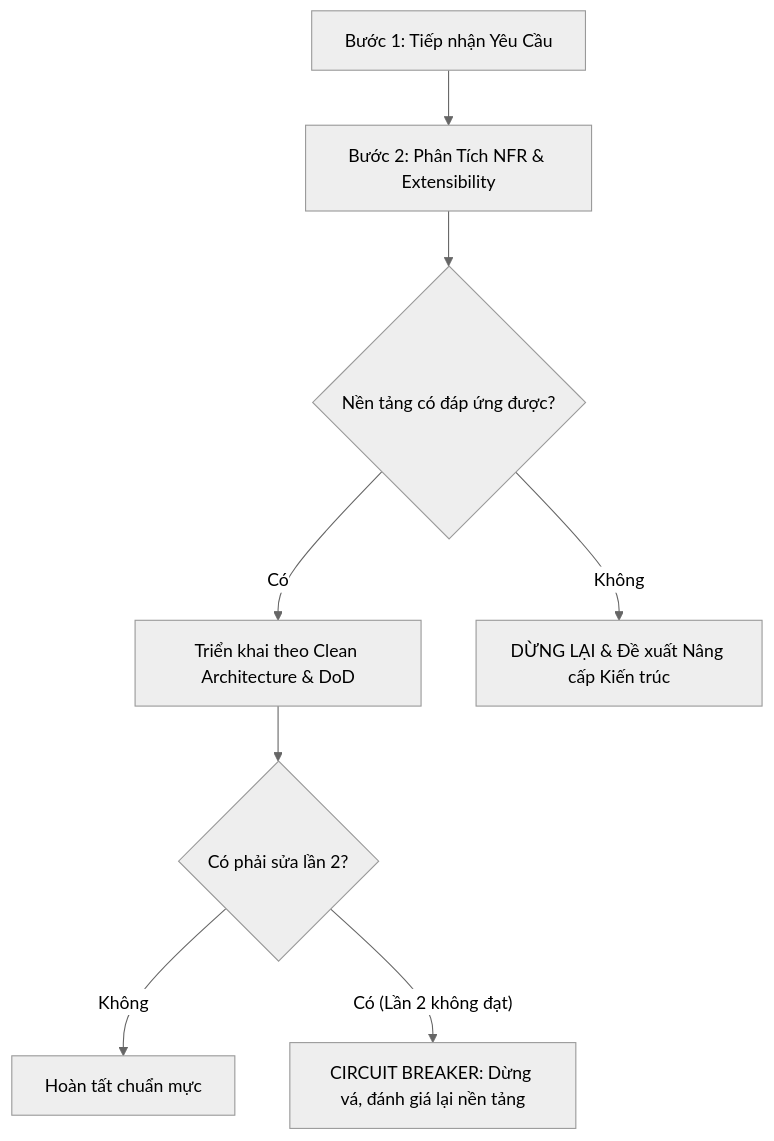
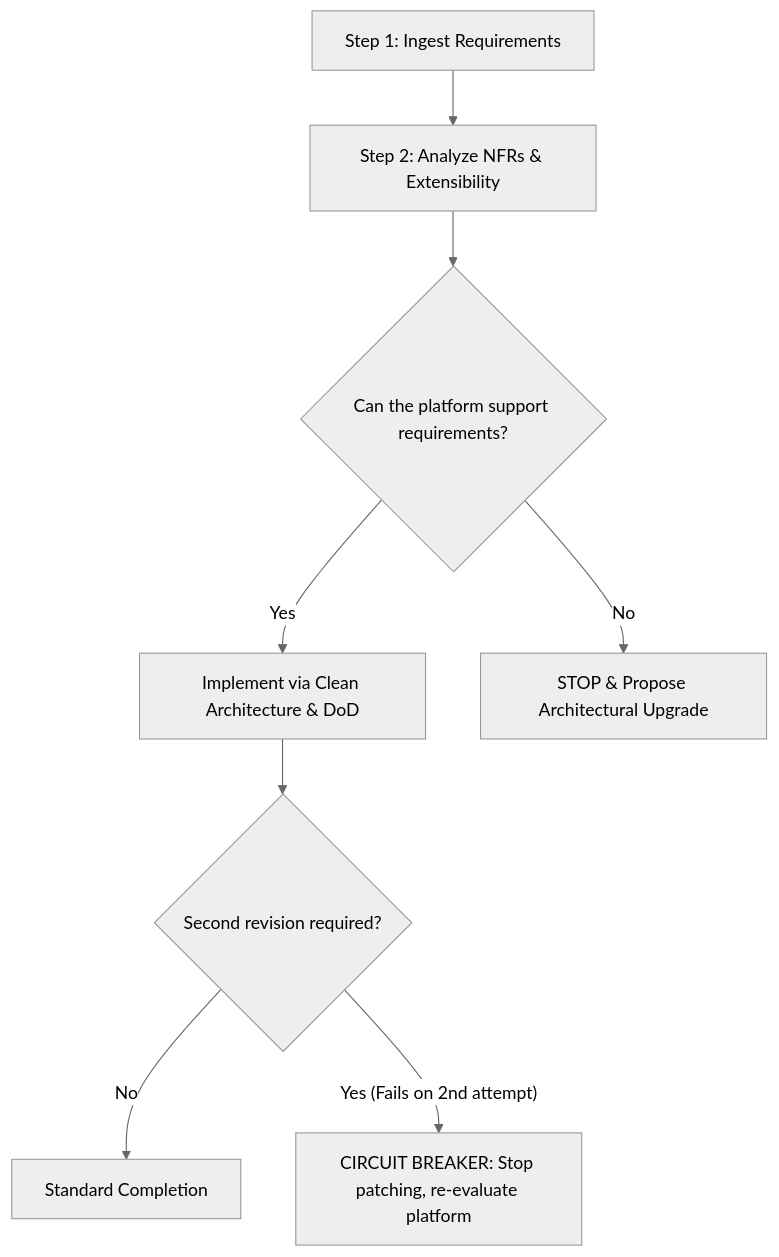
The diagram in knowledge-base/tu-duy/anti-patching-architectural-thinking.md (Dokhacgiakhoa/Project-Builder-4-Agents), drawn with Mermaid (neutral theme) before and after one commit. The commit also changed other lines of this file and 62 other files, not shown here.

````diff
--- a/knowledge-base/tu-duy/anti-patching-architectural-thinking.md
+++ b/knowledge-base/tu-duy/anti-patching-architectural-thinking.md
@@ -41,10 +41,10 @@
 ```mermaid
 flowchart TD
-    Q1[Bước 1: Tiếp nhận Yêu Cầu] --> Q2["Bước 2: Phân Tích NFR & Extensibility"]
-    Q2 --> Q3{Nền tảng có đáp ứng được?}
-    Q3 -- Có --> Q4["Triển khai theo Clean Architecture & DoD"]
-    Q3 -- Không --> Q5["DỪNG LẠI & Đề xuất Nâng cấp Kiến trúc"]
-    Q4 --> Q6{Có phải sửa lần 2?}
-    Q6 -- Không --> Done[Hoàn tất chuẩn mực]
-    Q6 -- Có (Lần 2 không đạt) --> Q7[CIRCUIT BREAKER: Dừng vá, đánh giá lại nền tảng]
+    Q1[Step 1: Ingest Requirements] --> Q2["Step 2: Analyze NFRs & Extensibility"]
+    Q2 --> Q3{Can the platform support requirements?}
+    Q3 -- Yes --> Q4["Implement via Clean Architecture & DoD"]
+    Q3 -- No --> Q5["STOP & Propose Architectural Upgrade"]
+    Q4 --> Q6{Second revision required?}
+    Q6 -- No --> Done[Standard Completion]
+    Q6 -- Yes (Fails on 2nd attempt) --> Q7[CIRCUIT BREAKER: Stop patching, re-evaluate platform]
 ```
````
